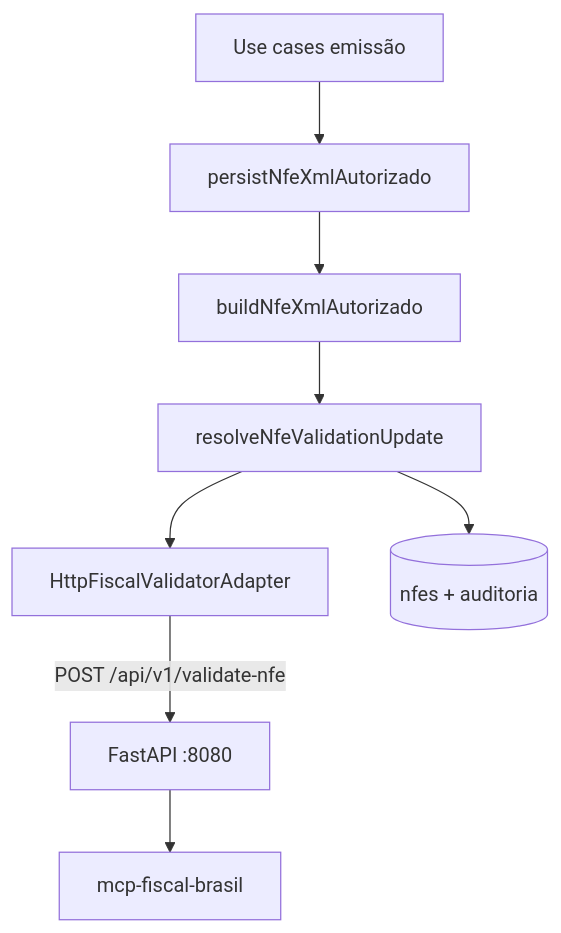
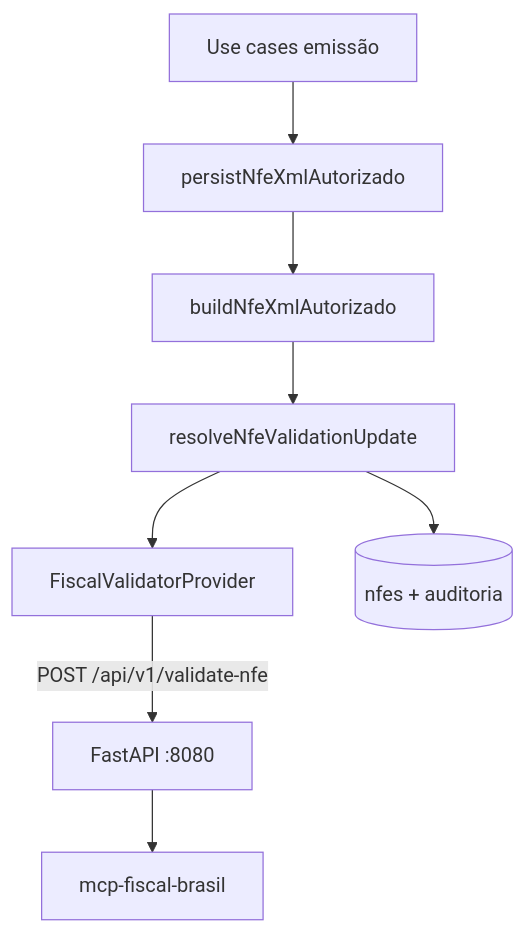
Before and after one commit to Matheus-santos7/MSimulation-XML: the tenth of 10 diagrams in backend/README.md, drawn with Mermaid. The commit also changed other lines of this file and 1 other file, not shown here.

````diff
--- a/backend/README.md
+++ b/backend/README.md
@@ -578,10 +500,10 @@
 ```mermaid
 flowchart TB
   UC[Use cases emissão] --> PERSIST[persistNfeXmlAutorizado]
   PERSIST --> BUILD[buildNfeXmlAutorizado]
   BUILD --> RESOLVE[resolveNfeValidationUpdate]
-  RESOLVE --> HTTP[HttpFiscalValidatorAdapter]
+  RESOLVE --> HTTP[FiscalValidatorProvider]
   HTTP -->|POST /api/v1/validate-nfe| PROXY[FastAPI :8080]
   PROXY --> MCP[mcp-fiscal-brasil]
   RESOLVE --> DB[(nfes + auditoria)]
 ```
````
